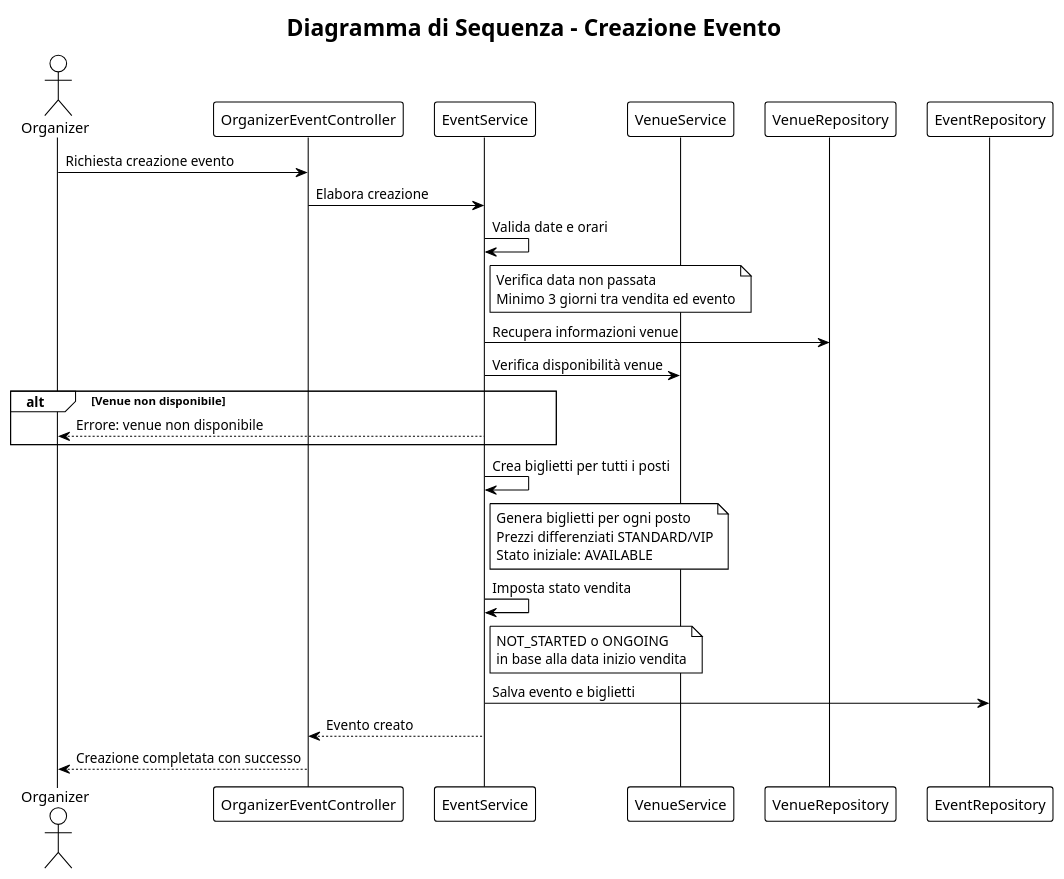
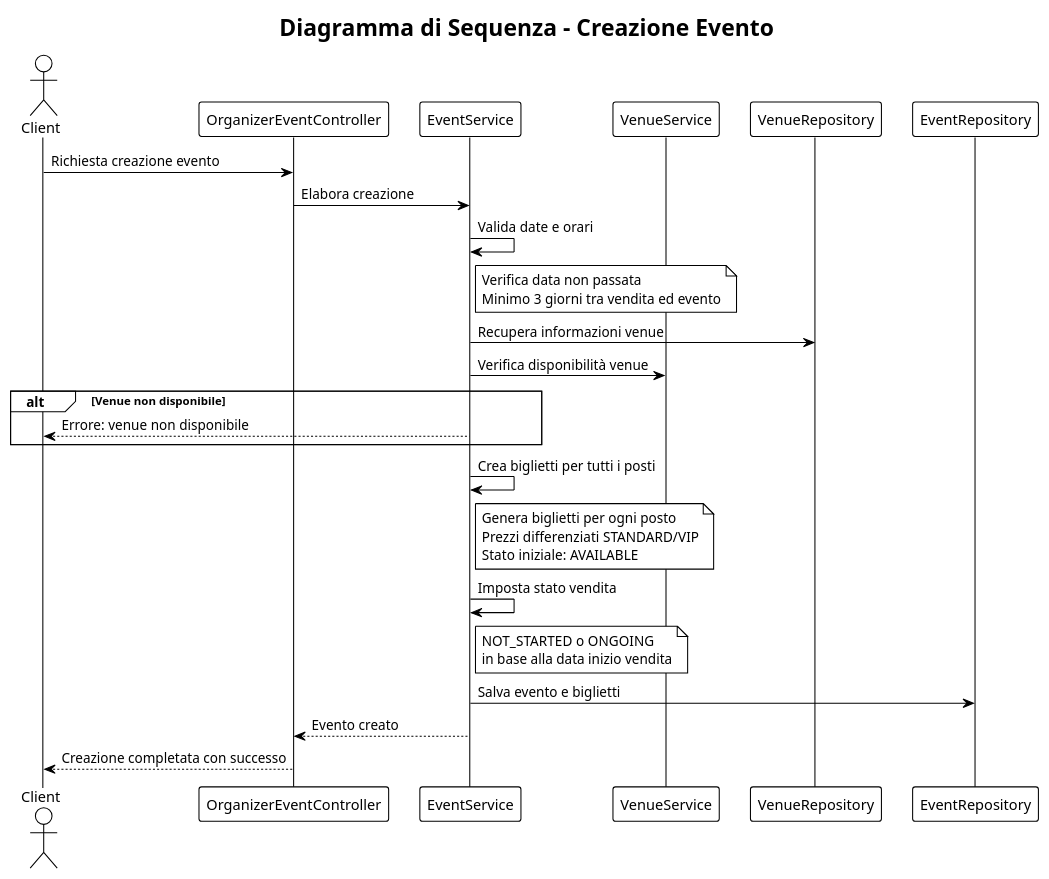
One commit to s-lusito/TicketBlock-Ing_Sw changed the diagram in docs/plantuml/sequence-event-creation.puml. Above: the diagram before and after it, drawn with PlantUML. The commit also changed 14 other files, not shown here.

Commit message:
Update diagrams: Client actor, blockchain errors, and add frontend class diagram

```diff
--- a/docs/plantuml/sequence-event-creation.puml
+++ b/docs/plantuml/sequence-event-creation.puml
@@ -1,37 +1,37 @@
 @startuml Creazione Evento
 !theme plain
 title Diagramma di Sequenza - Creazione Evento
 
-actor Organizer
+actor Client
 participant OrganizerEventController
 participant EventService
 participant VenueService
 participant VenueRepository
 participant EventRepository
 
-Organizer -> OrganizerEventController: Richiesta creazione evento
+Client -> OrganizerEventController: Richiesta creazione evento
 OrganizerEventController -> EventService: Elabora creazione
 
 EventService -> EventService: Valida date e orari
 note right of EventService: Verifica data non passata\nMinimo 3 giorni tra vendita ed evento
 
 EventService -> VenueRepository: Recupera informazioni venue
 
 EventService -> VenueService: Verifica disponibilità venue
 
 alt Venue non disponibile
-    EventService --> Organizer: Errore: venue non disponibile
+    EventService --> Client: Errore: venue non disponibile
 end
 
 EventService -> EventService: Crea biglietti per tutti i posti
 note right of EventService: Genera biglietti per ogni posto\nPrezzi differenziati STANDARD/VIP\nStato iniziale: AVAILABLE
 
 EventService -> EventService: Imposta stato vendita
 note right of EventService: NOT_STARTED o ONGOING\nin base alla data inizio vendita
 
 EventService -> EventRepository: Salva evento e biglietti
 
 EventService --> OrganizerEventController: Evento creato
-OrganizerEventController --> Organizer: Creazione completata con successo
+OrganizerEventController --> Client: Creazione completata con successo
 
 @enduml
```
